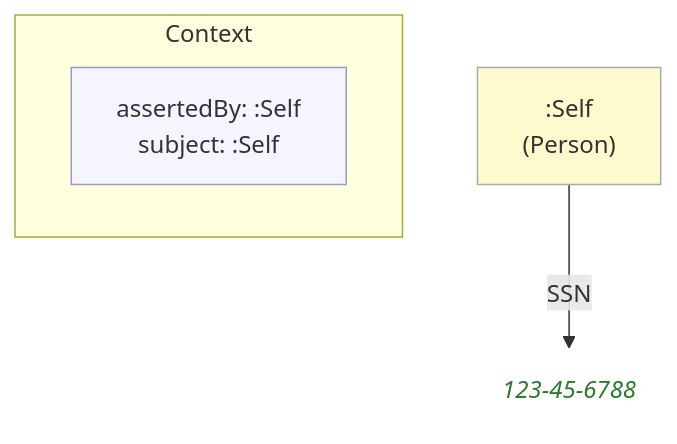
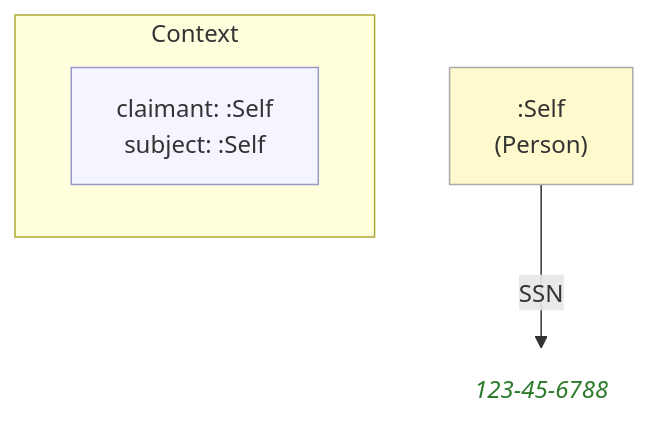
One commit to MeeFoundation/mia-ontologies changed the diagram in example/contexts/images/self.self(social-security-administration)(federal)(23).mmd. Above: the diagram before and after it, drawn with Mermaid. The commit also changed 109 other files, not shown here.

First line of the commit message:
Rename context:assertedBy to context:claimant

```diff
--- a/example/contexts/images/self.self(social-security-administration)(federal)(23).mmd
+++ b/example/contexts/images/self.self(social-security-administration)(federal)(23).mmd
@@ -1,16 +1,16 @@
 flowchart TD
     classDef person fill:#fffacd,stroke:#aaa,color:#333
     classDef grp    fill:#d4edda,stroke:#aaa,color:#333
     classDef org    fill:#cce5ff,stroke:#aaa,color:#333
     classDef lit    fill:none,stroke:none,font-style:italic,color:#2a7a2a
     classDef meta   fill:#f5f5ff,stroke:#9999cc,color:#333
 
     subgraph ctx["Context"]
         direction LR
-        ctx_meta["assertedBy: :Self\nsubject: :Self"]:::meta
+        ctx_meta["claimant: :Self\nsubject: :Self"]:::meta
     end
 
     ne0c3ba92f1db[":Self\n(Person)"]:::person
-    n14f987d36b66("123-45-6788"):::lit
+    nc69d004ff6fc("123-45-6788"):::lit
 
-    ne0c3ba92f1db -->|"SSN"| n14f987d36b66
+    ne0c3ba92f1db -->|"SSN"| nc69d004ff6fc
```
